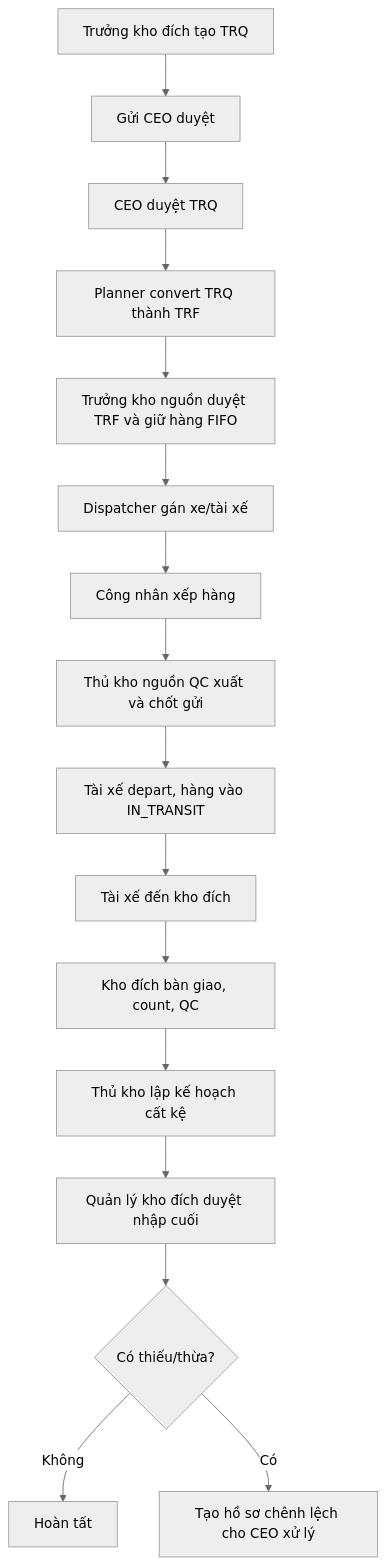
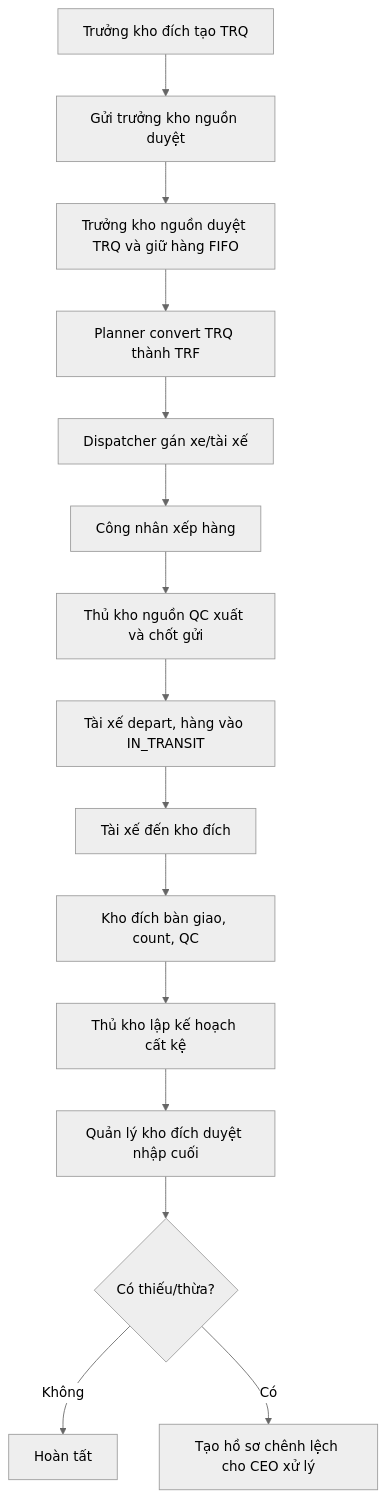
Before and after one commit to Manager-warehouse/Manager-warehouse-sdd: the first of 2 diagrams in feat-flow/inter-warehouse-transfer-flow.md, drawn with Mermaid (neutral theme). The commit also changed other lines of this file and 31 other files, not shown here.

Commit message:
fix(warehouse-transfer): update source approval and handover flow

````diff
--- a/feat-flow/inter-warehouse-transfer-flow.md
+++ b/feat-flow/inter-warehouse-transfer-flow.md
@@ -20,18 +20,17 @@
 ```mermaid
 flowchart TD
-    A[Trưởng kho đích tạo TRQ] --> B[Gửi CEO duyệt]
-    B --> C[CEO duyệt TRQ]
+    A[Trưởng kho đích tạo TRQ] --> B[Gửi trưởng kho nguồn duyệt]
+    B --> C[Trưởng kho nguồn duyệt TRQ và giữ hàng FIFO]
     C --> D[Planner convert TRQ thành TRF]
-    D --> E[Trưởng kho nguồn duyệt TRF và giữ hàng FIFO]
-    E --> F[Dispatcher gán xe/tài xế]
+    D --> F[Dispatcher gán xe/tài xế]
     F --> G[Công nhân xếp hàng]
     G --> H[Thủ kho nguồn QC xuất và chốt gửi]
     H --> I[Tài xế depart, hàng vào IN_TRANSIT]
     I --> J[Tài xế đến kho đích]
     J --> K[Kho đích bàn giao, count, QC]
     K --> L[Thủ kho lập kế hoạch cất kệ]
     L --> M[Quản lý kho đích duyệt nhập cuối]
     M --> N{Có thiếu/thừa?}
     N -->|Không| O[Hoàn tất]
     N -->|Có| P[Tạo hồ sơ chênh lệch cho CEO xử lý]
 ```
````
